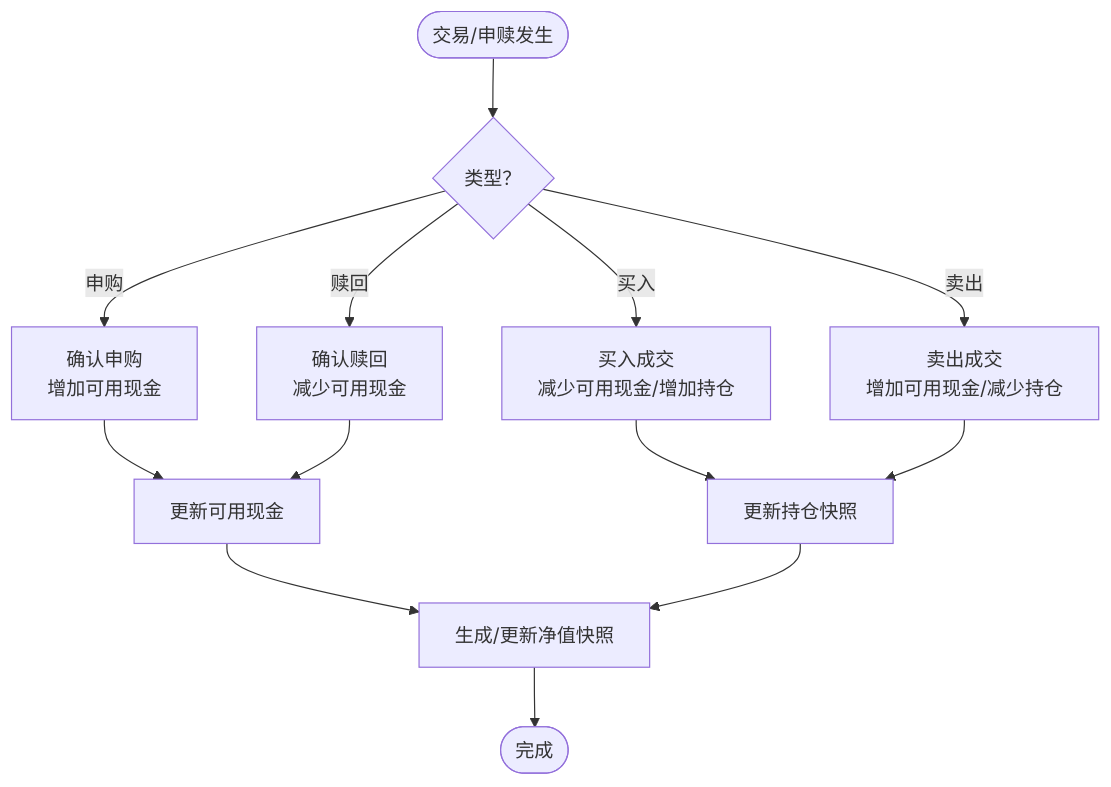
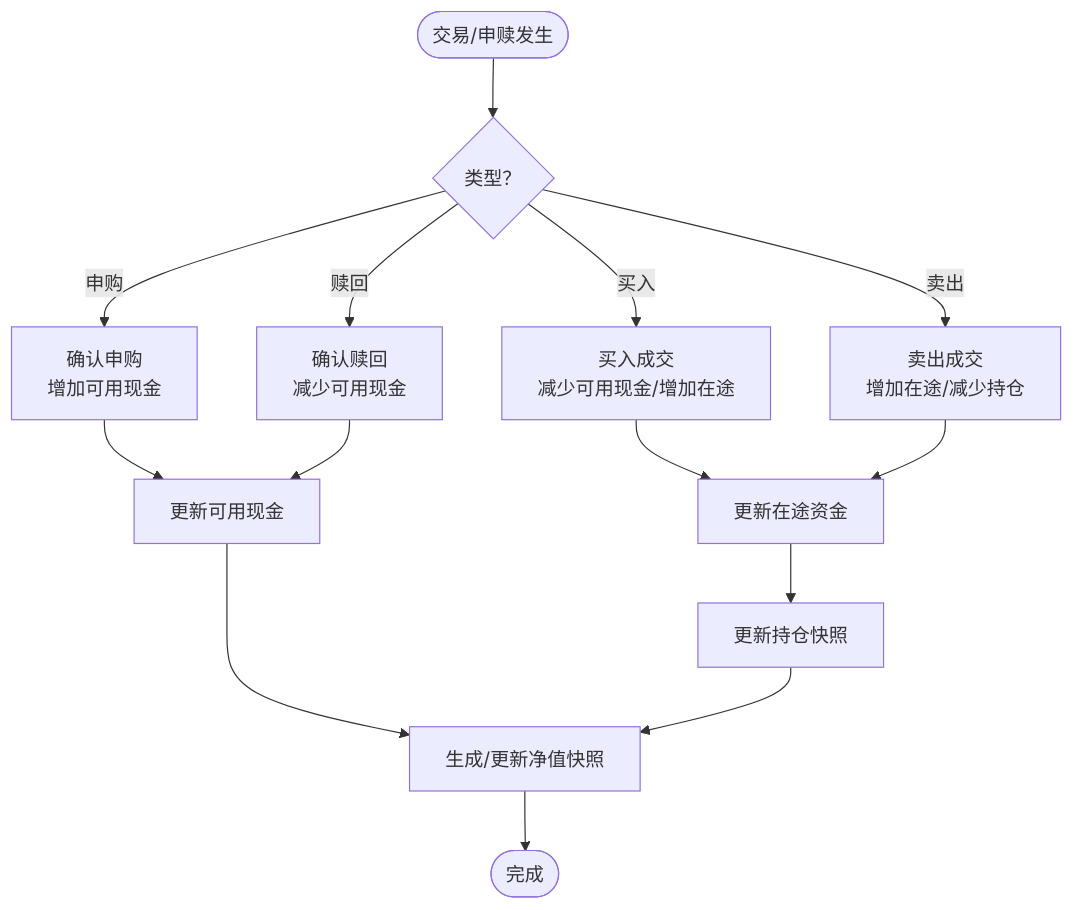
The eighth of 10 diagrams in .qoder/repowiki/zh/content/核心业务功能/投资组合管理.md (gujialind/InvestRing), drawn with Mermaid before and after one commit. The commit also changed other lines of this file and 65 other files, not shown here.

````diff
--- a/.qoder/repowiki/zh/content/核心业务功能/投资组合管理.md
+++ b/.qoder/repowiki/zh/content/核心业务功能/投资组合管理.md
@@ -338,15 +352,16 @@
 ```mermaid
 flowchart TD
 Start(["交易/申赎发生"]) --> CheckType{"类型？"}
 CheckType --> |申购| Sub["确认申购<br/>增加可用现金"]
 CheckType --> |赎回| Red["确认赎回<br/>减少可用现金"]
-CheckType --> |买入| Buy["买入成交<br/>减少可用现金/增加持仓"]
-CheckType --> |卖出| Sell["卖出成交<br/>增加可用现金/减少持仓"]
+CheckType --> |买入| Buy["买入成交<br/>减少可用现金/增加在途"]
+CheckType --> |卖出| Sell["卖出成交<br/>增加在途/减少持仓"]
 Sub --> UpdateCash["更新可用现金"]
 Red --> UpdateCash
-Buy --> UpdatePos["更新持仓快照"]
-Sell --> UpdatePos
+Buy --> UpdateInTransit["更新在途资金"]
+Sell --> UpdateInTransit
+UpdateInTransit --> UpdatePos["更新持仓快照"]
 UpdateCash --> UpdateNav["生成/更新净值快照"]
 UpdatePos --> UpdateNav
 UpdateNav --> End(["完成"])
 ```
````
